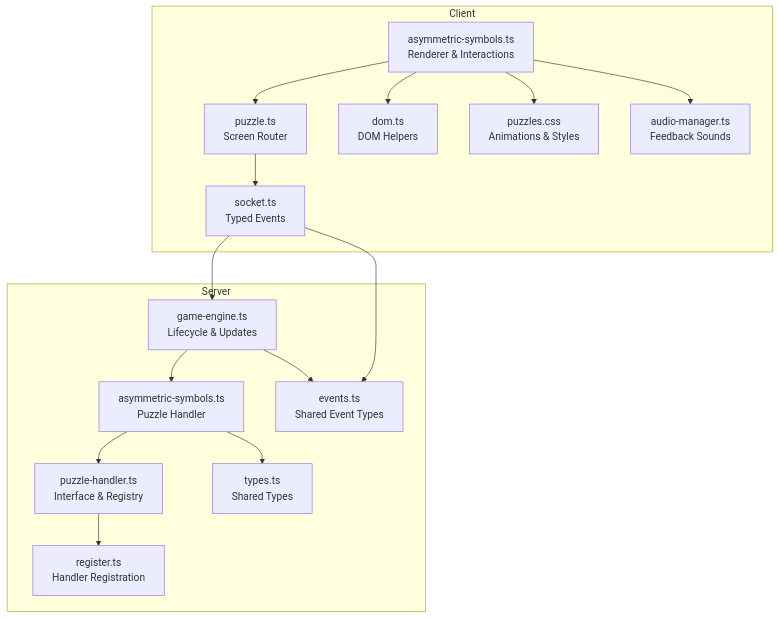
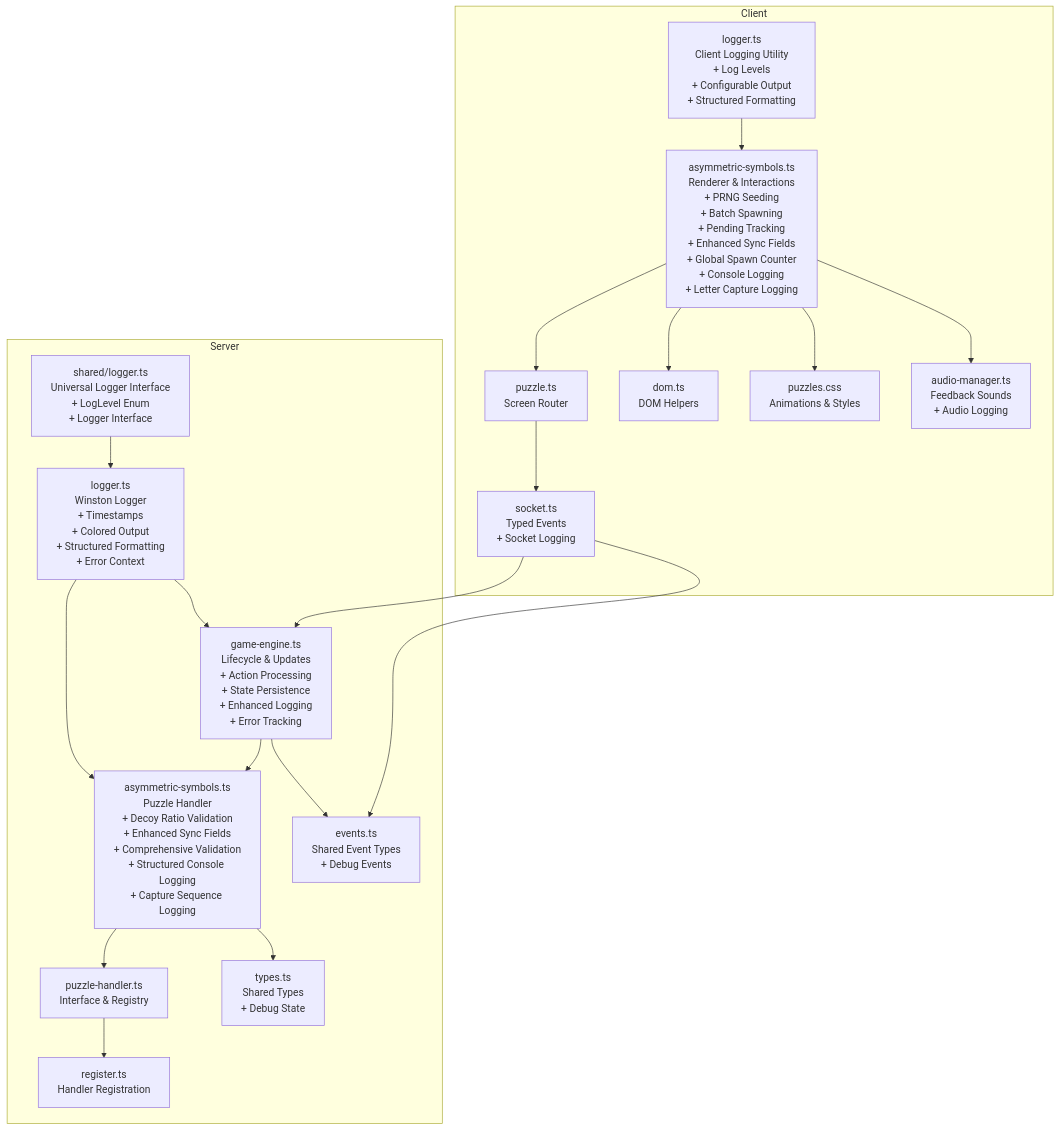
Before and after one commit to dkoukoul/escape-room-mvp: the first of 9 diagrams in .qoder/repowiki/en/content/Puzzle System/Asymmetric Symbols Puzzle.md, drawn with Mermaid. The commit also changed other lines of this file and 21 other files, not shown here.

````diff
--- a/.qoder/repowiki/en/content/Puzzle System/Asymmetric Symbols Puzzle.md
+++ b/.qoder/repowiki/en/content/Puzzle System/Asymmetric Symbols Puzzle.md
@@ -41,31 +57,38 @@
 ```mermaid
 graph TB
 subgraph "Client"
-A["asymmetric-symbols.ts<br/>Renderer & Interactions"]
+A["asymmetric-symbols.ts<br/>Renderer & Interactions<br/>+ PRNG Seeding<br/>+ Batch Spawning<br/>+ Pending Tracking<br/>+ Enhanced Sync Fields<br/>+ Global Spawn Counter<br/>+ Console Logging<br/>+ Letter Capture Logging"]
 B["puzzle.ts<br/>Screen Router"]
-C["socket.ts<br/>Typed Events"]
+C["socket.ts<br/>Typed Events<br/>+ Socket Logging"]
 D["dom.ts<br/>DOM Helpers"]
 E["puzzles.css<br/>Animations & Styles"]
-F["audio-manager.ts<br/>Feedback Sounds"]
+F["audio-manager.ts<br/>Feedback Sounds<br/>+ Audio Logging"]
+G["logger.ts<br/>Client Logging Utility<br/>+ Log Levels<br/>+ Configurable Output<br/>+ Structured Formatting"]
 end
 subgraph "Server"
-G["asymmetric-symbols.ts<br/>Puzzle Handler"]
-H["puzzle-handler.ts<br/>Interface & Registry"]
-I["register.ts<br/>Handler Registration"]
-J["game-engine.ts<br/>Lifecycle & Updates"]
-K["events.ts<br/>Shared Event Types"]
-L["types.ts<br/>Shared Types"]
+H["asymmetric-symbols.ts<br/>Puzzle Handler<br/>+ Decoy Ratio Validation<br/>+ Enhanced Sync Fields<br/>+ Comprehensive Validation<br/>+ Structured Console Logging<br/>+ Capture Sequence Logging"]
+I["puzzle-handler.ts<br/>Interface & Registry"]
+J["register.ts<br/>Handler Registration"]
+K["game-engine.ts<br/>Lifecycle & Updates<br/>+ Action Processing<br/>+ State Persistence<br/>+ Enhanced Logging<br/>+ Error Tracking"]
+L["events.ts<br/>Shared Event Types<br/>+ Debug Events"]
+M["types.ts<br/>Shared Types<br/>+ Debug State"]
+N["logger.ts<br/>Winston Logger<br/>+ Timestamps<br/>+ Colored Output<br/>+ Structured Formatting<br/>+ Error Context"]
+O["shared/logger.ts<br/>Universal Logger Interface<br/>+ LogLevel Enum<br/>+ Logger Interface"]
 end
 A --> B
 B --> C
-C --> J
-J --> G
-G --> H
+C --> K
+K --> H
 H --> I
+I --> J
 A --> D
 A --> E
 A --> F
-J --> K
-G --> L
-C --> K
+K --> L
+H --> M
+C --> L
+N --> H
+N --> K
+O --> N
+G --> A
 ```
````
